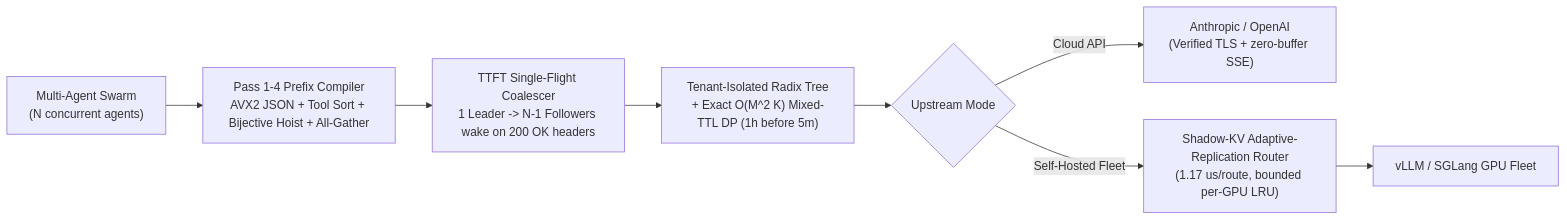
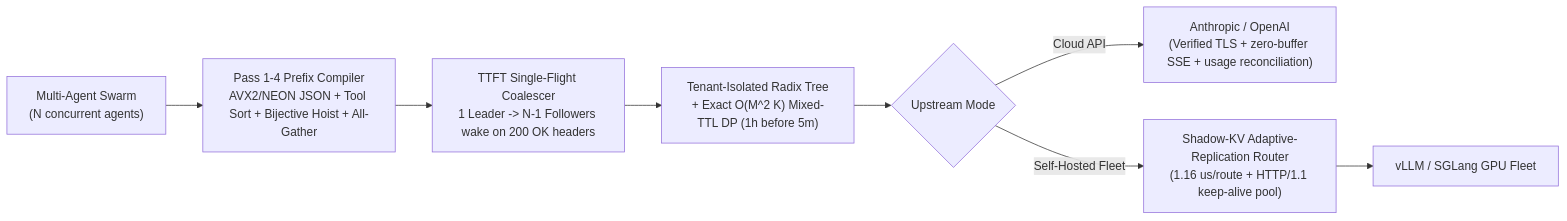
The diagram in README.md (pgg898200-ship-it/cachepin), drawn with Mermaid before and after one commit. The commit also changed other lines of this file and 41 other files, not shown here.

Commit message:
v0.2.0: 84us AVX2+NEON compiler, HTTP/1.1 keep-alive pool, diff/codex CLI, Official MCP Registry & GHCR

````diff
--- a/README.md
+++ b/README.md
@@ -64,10 +84,10 @@
 ```mermaid
 flowchart LR
-    A["Multi-Agent Swarm<br/>(N concurrent agents)"] --> B["Pass 1-4 Prefix Compiler<br/>AVX2 JSON + Tool Sort + Bijective Hoist + All-Gather"]
+    A["Multi-Agent Swarm<br/>(N concurrent agents)"] --> B["Pass 1-4 Prefix Compiler<br/>AVX2/NEON JSON + Tool Sort + Bijective Hoist + All-Gather"]
     B --> C["TTFT Single-Flight Coalescer<br/>1 Leader -> N-1 Followers wake on 200 OK headers"]
     C --> D["Tenant-Isolated Radix Tree<br/>+ Exact O(M^2 K) Mixed-TTL DP (1h before 5m)"]
     D --> E{"Upstream Mode"}
-    E -->|Cloud API| F["Anthropic / OpenAI<br/>(Verified TLS + zero-buffer SSE)"]
-    E -->|Self-Hosted Fleet| G["Shadow-KV Adaptive-Replication Router<br/>(1.17 us/route, bounded per-GPU LRU)"]
+    E -->|Cloud API| F["Anthropic / OpenAI<br/>(Verified TLS + zero-buffer SSE + usage reconciliation)"]
+    E -->|Self-Hosted Fleet| G["Shadow-KV Adaptive-Replication Router<br/>(1.16 us/route + HTTP/1.1 keep-alive pool)"]
     G --> H["vLLM / SGLang GPU Fleet"]
 ```
````
